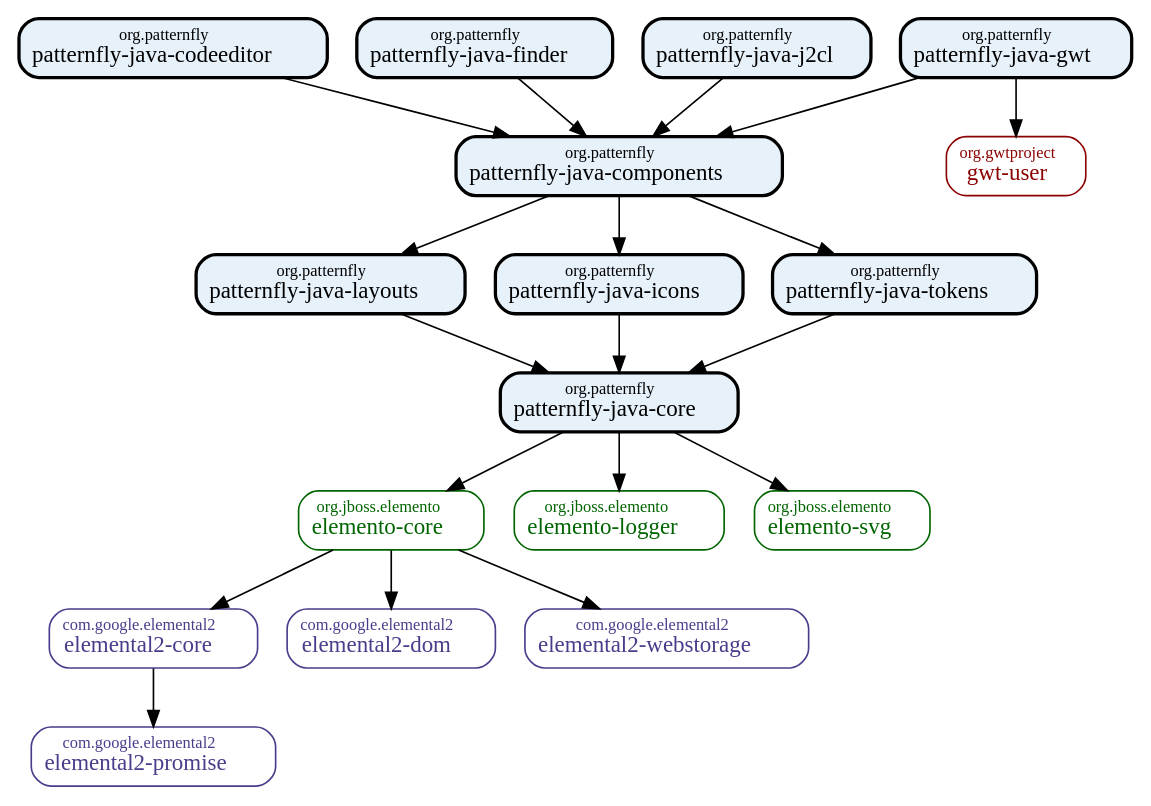
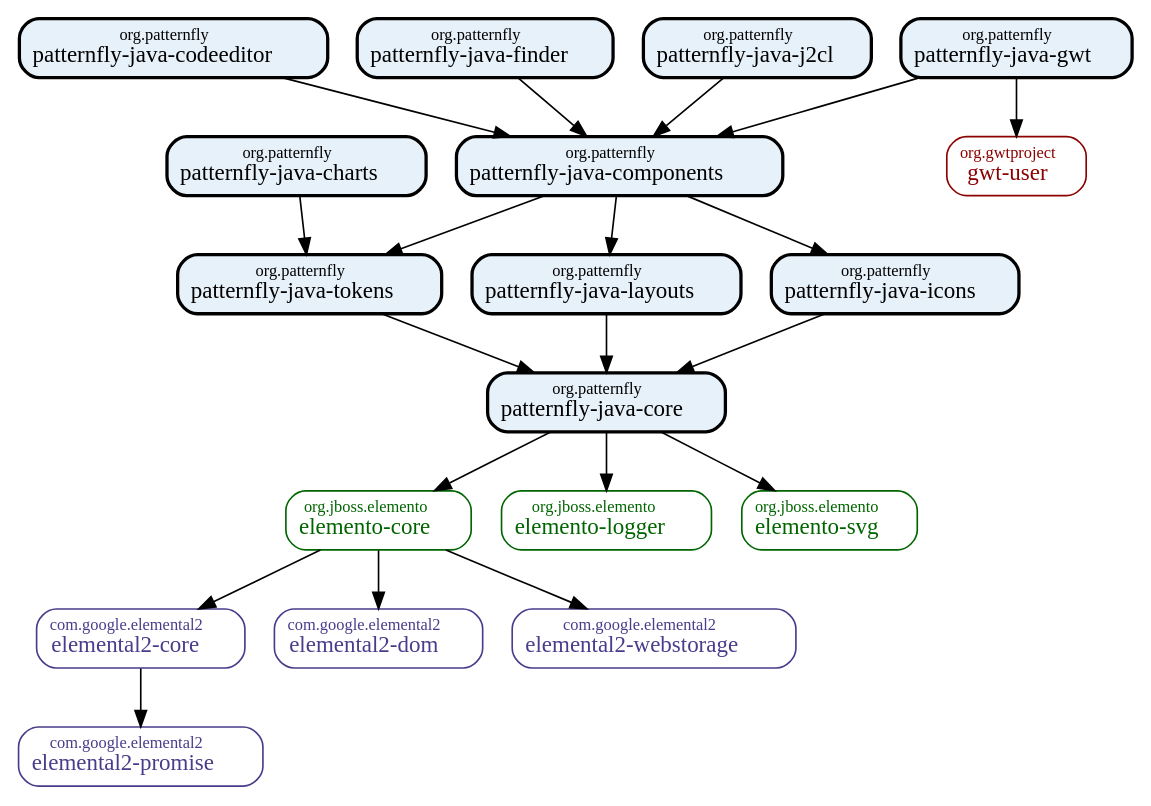
One commit to patternfly-java/patternfly-java changed the diagram in dependency-graph.dot. Above: the diagram before and after it, drawn with Graphviz. The commit also changed 3 other files, not shown here.

```diff
--- a/dependency-graph.dot
+++ b/dependency-graph.dot
@@ -1,44 +1,46 @@
 digraph "patternfly-java-parent" {
   graph [rankdir="TB"]
   node [shape="box",style="rounded",fontname="Helvetica",fontsize="14"]
   edge [fontsize="10",fontname="Helvetica"]
 
   // Node Definitions:
   "com.google.elemental2:elemental2-core:compile"[shape="box",style="rounded",color="darkslateblue",fontname="Red Hat Display",fontsize="14",fontcolor="darkslateblue",label=<<font point-size="10">com.google.elemental2</font><br/>elemental2-core>]
   "com.google.elemental2:elemental2-promise:compile"[shape="box",style="rounded",color="darkslateblue",fontname="Red Hat Display",fontsize="14",fontcolor="darkslateblue",label=<<font point-size="10">com.google.elemental2</font><br/>elemental2-promise>]
   "org.jboss.elemento:elemento-core:compile"[shape="box",style="rounded",color="darkgreen",fontname="Red Hat Display",fontsize="14",fontcolor="darkgreen",label=<<font point-size="10">org.jboss.elemento</font><br/>elemento-core>]
   "com.google.elemental2:elemental2-dom:compile"[shape="box",style="rounded",color="darkslateblue",fontname="Red Hat Display",fontsize="14",fontcolor="darkslateblue",label=<<font point-size="10">com.google.elemental2</font><br/>elemental2-dom>]
   "com.google.elemental2:elemental2-webstorage:compile"[shape="box",style="rounded",color="darkslateblue",fontname="Red Hat Display",fontsize="14",fontcolor="darkslateblue",label=<<font point-size="10">com.google.elemental2</font><br/>elemental2-webstorage>]
   "org.patternfly:patternfly-java-core:compile"[shape="box",style="filled,bold,rounded",fillcolor="#E7F1FA",fontname="Red Hat Display",fontsize="14",label=<<font point-size="10">org.patternfly</font><br/>patternfly-java-core>]
   "org.jboss.elemento:elemento-logger:compile"[shape="box",style="rounded",color="darkgreen",fontname="Red Hat Display",fontsize="14",fontcolor="darkgreen",label=<<font point-size="10">org.jboss.elemento</font><br/>elemento-logger>]
   "org.jboss.elemento:elemento-svg:compile"[shape="box",style="rounded",color="darkgreen",fontname="Red Hat Display",fontsize="14",fontcolor="darkgreen",label=<<font point-size="10">org.jboss.elemento</font><br/>elemento-svg>]
+  "org.patternfly:patternfly-java-tokens:compile"[shape="box",style="filled,bold,rounded",fillcolor="#E7F1FA",fontname="Red Hat Display",fontsize="14",label=<<font point-size="10">org.patternfly</font><br/>patternfly-java-tokens>]
+  "org.patternfly:patternfly-java-charts:compile"[shape="box",style="filled,bold,rounded",fillcolor="#E7F1FA",fontname="Red Hat Display",fontsize="14",label=<<font point-size="10">org.patternfly</font><br/>patternfly-java-charts>]
   "org.patternfly:patternfly-java-layouts:compile"[shape="box",style="filled,bold,rounded",fillcolor="#E7F1FA",fontname="Red Hat Display",fontsize="14",label=<<font point-size="10">org.patternfly</font><br/>patternfly-java-layouts>]
   "org.patternfly:patternfly-java-icons:compile"[shape="box",style="filled,bold,rounded",fillcolor="#E7F1FA",fontname="Red Hat Display",fontsize="14",label=<<font point-size="10">org.patternfly</font><br/>patternfly-java-icons>]
-  "org.patternfly:patternfly-java-tokens:compile"[shape="box",style="filled,bold,rounded",fillcolor="#E7F1FA",fontname="Red Hat Display",fontsize="14",label=<<font point-size="10">org.patternfly</font><br/>patternfly-java-tokens>]
   "org.patternfly:patternfly-java-components:compile"[shape="box",style="filled,bold,rounded",fillcolor="#E7F1FA",fontname="Red Hat Display",fontsize="14",label=<<font point-size="10">org.patternfly</font><br/>patternfly-java-components>]
   "org.patternfly:patternfly-java-codeeditor:compile"[shape="box",style="filled,bold,rounded",fillcolor="#E7F1FA",fontname="Red Hat Display",fontsize="14",label=<<font point-size="10">org.patternfly</font><br/>patternfly-java-codeeditor>]
   "org.patternfly:patternfly-java-finder:compile"[shape="box",style="filled,bold,rounded",fillcolor="#E7F1FA",fontname="Red Hat Display",fontsize="14",label=<<font point-size="10">org.patternfly</font><br/>patternfly-java-finder>]
   "org.patternfly:patternfly-java-gwt:compile"[shape="box",style="filled,bold,rounded",fillcolor="#E7F1FA",fontname="Red Hat Display",fontsize="14",label=<<font point-size="10">org.patternfly</font><br/>patternfly-java-gwt>]
   "org.gwtproject:gwt-user:compile"[shape="box",style="rounded",color="darkred",fontname="Red Hat Display",fontsize="14",fontcolor="darkred",label=<<font point-size="10">org.gwtproject</font><br/>gwt-user>]
   "org.patternfly:patternfly-java-j2cl:compile"[shape="box",style="filled,bold,rounded",fillcolor="#E7F1FA",fontname="Red Hat Display",fontsize="14",label=<<font point-size="10">org.patternfly</font><br/>patternfly-java-j2cl>]
 
   // Edge Definitions:
   "com.google.elemental2:elemental2-core:compile" -> "com.google.elemental2:elemental2-promise:compile"
   "org.jboss.elemento:elemento-core:compile" -> "com.google.elemental2:elemental2-core:compile"
   "org.jboss.elemento:elemento-core:compile" -> "com.google.elemental2:elemental2-dom:compile"
   "org.jboss.elemento:elemento-core:compile" -> "com.google.elemental2:elemental2-webstorage:compile"
   "org.patternfly:patternfly-java-core:compile" -> "org.jboss.elemento:elemento-core:compile"
   "org.patternfly:patternfly-java-core:compile" -> "org.jboss.elemento:elemento-logger:compile"
   "org.patternfly:patternfly-java-core:compile" -> "org.jboss.elemento:elemento-svg:compile"
+  "org.patternfly:patternfly-java-tokens:compile" -> "org.patternfly:patternfly-java-core:compile"
+  "org.patternfly:patternfly-java-charts:compile" -> "org.patternfly:patternfly-java-tokens:compile"
   "org.patternfly:patternfly-java-layouts:compile" -> "org.patternfly:patternfly-java-core:compile"
   "org.patternfly:patternfly-java-icons:compile" -> "org.patternfly:patternfly-java-core:compile"
-  "org.patternfly:patternfly-java-tokens:compile" -> "org.patternfly:patternfly-java-core:compile"
   "org.patternfly:patternfly-java-components:compile" -> "org.patternfly:patternfly-java-layouts:compile"
   "org.patternfly:patternfly-java-components:compile" -> "org.patternfly:patternfly-java-icons:compile"
   "org.patternfly:patternfly-java-components:compile" -> "org.patternfly:patternfly-java-tokens:compile"
   "org.patternfly:patternfly-java-codeeditor:compile" -> "org.patternfly:patternfly-java-components:compile"
   "org.patternfly:patternfly-java-finder:compile" -> "org.patternfly:patternfly-java-components:compile"
   "org.patternfly:patternfly-java-gwt:compile" -> "org.patternfly:patternfly-java-components:compile"
   "org.patternfly:patternfly-java-gwt:compile" -> "org.gwtproject:gwt-user:compile"
   "org.patternfly:patternfly-java-j2cl:compile" -> "org.patternfly:patternfly-java-components:compile"
 }
```
